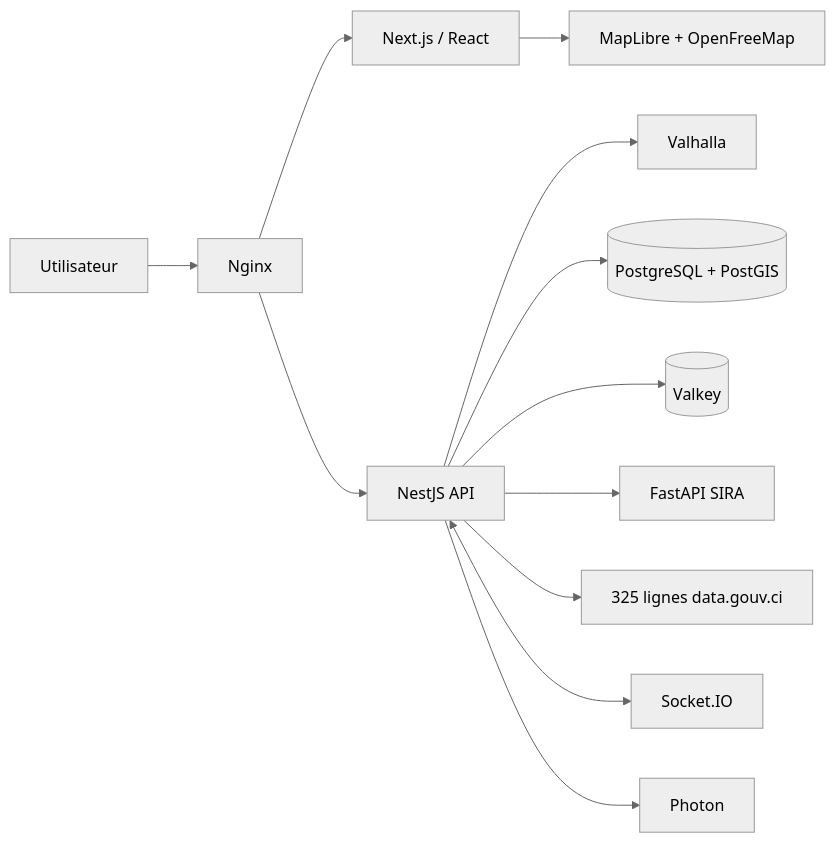
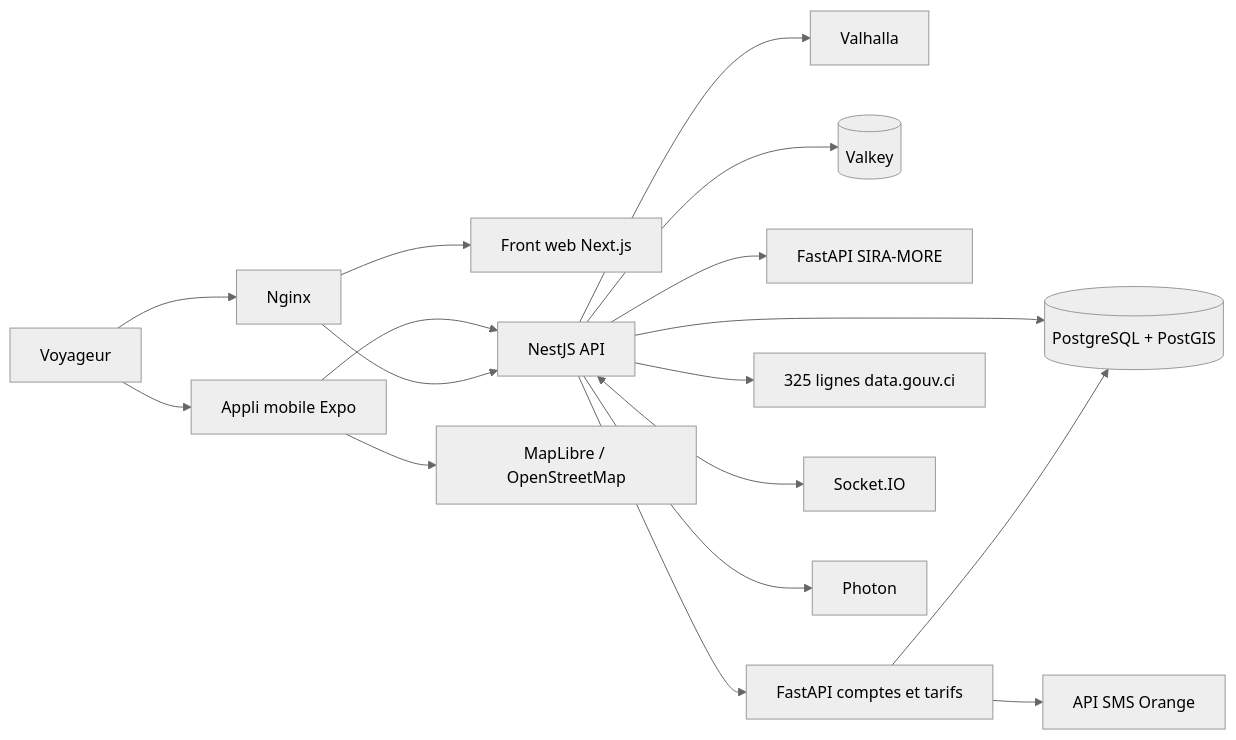
The diagram in README.md (Guy277/SIRA_MVP), drawn with Mermaid (neutral theme) before and after one commit. The commit also changed other lines of this file and 1 other file, not shown here.

First line of the commit message:
docs: branche SIRA unifiée (mobile, moteur, comptes et tarifs)

````diff
--- a/README.md
+++ b/README.md
@@ -29,14 +59,19 @@
 ```mermaid
 flowchart LR
-  U[Utilisateur] --> N[Nginx]
-  N --> W[Next.js / React]
-  N --> A[NestJS API]
+  U[Voyageur] --> MOB[Appli mobile Expo]
+  U --> N[Nginx]
+  N --> W[Front web Next.js]
+  MOB --> A[NestJS API]
+  N --> A
   A --> V[Valhalla]
   A --> P[(PostgreSQL + PostGIS)]
   A --> C[(Valkey)]
-  A --> I[FastAPI SIRA]
+  A --> I[FastAPI SIRA-MORE]
+  A --> CO[FastAPI comptes et tarifs]
+  CO --> P
+  CO --> OR[API SMS Orange]
   A --> D[325 lignes data.gouv.ci]
   A <--> S[Socket.IO]
-  W --> M[MapLibre + OpenFreeMap]
+  MOB --> M[MapLibre / OpenStreetMap]
   A --> H[Photon]
 ```
````
